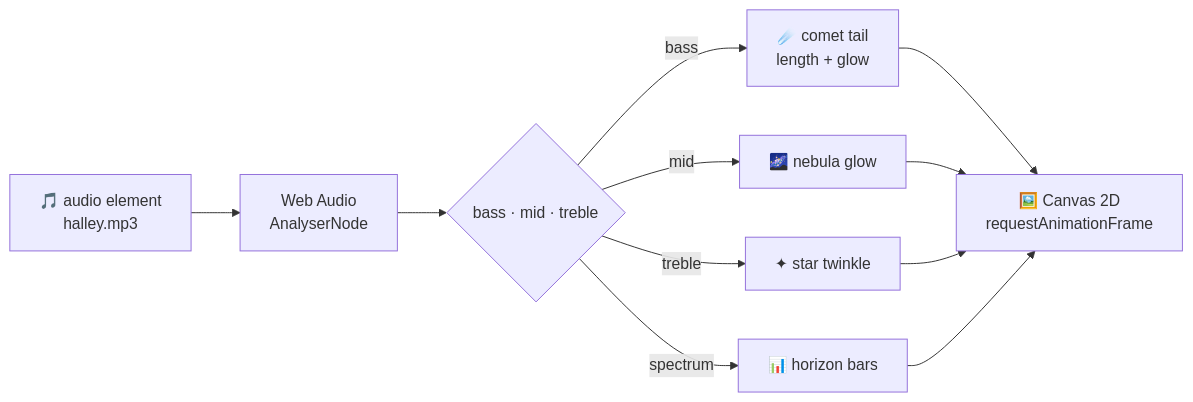
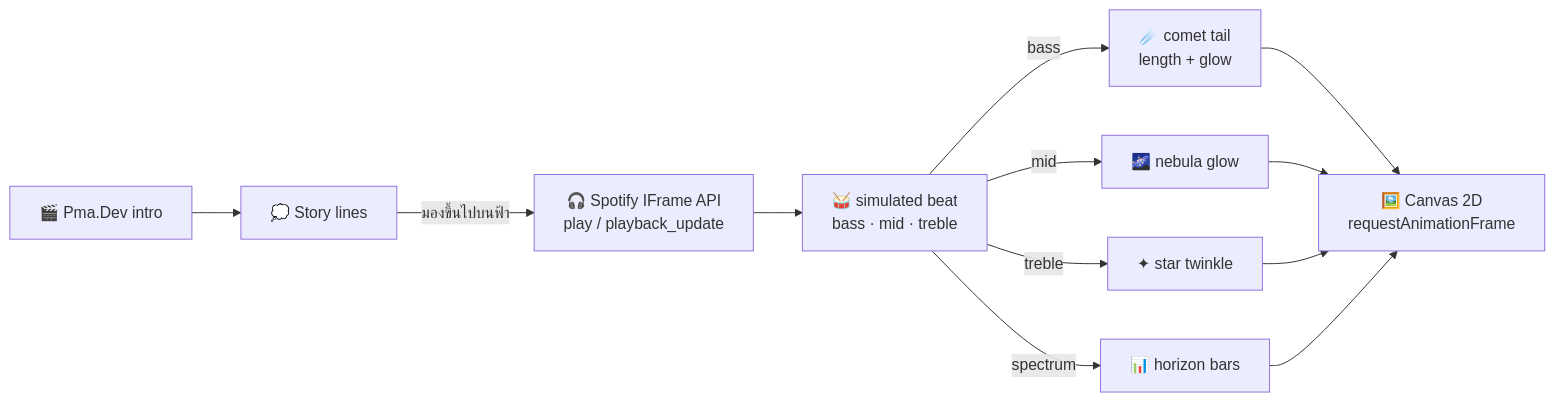
The diagram in README.md (MrPusitCH/StarHalley), drawn with Mermaid before and after one commit. The commit also changed other lines of this file and 5 other files, not shown here.

First line of the commit message:
Play the song via Spotify Embed and add a story before it starts

````diff
--- a/README.md
+++ b/README.md
@@ -78,10 +80,11 @@
 ```mermaid
 flowchart LR
-    A["🎵 audio element<br/>halley.mp3"] --> B["Web Audio<br/>AnalyserNode"]
-    B --> C{"bass · mid · treble"}
-    C -->|bass| D["☄️ comet tail<br/>length + glow"]
-    C -->|mid| E["🌌 nebula glow"]
-    C -->|treble| F["✦ star twinkle"]
-    C -->|spectrum| G["📊 horizon bars"]
-    D & E & F & G --> H["🖼️ Canvas 2D<br/>requestAnimationFrame"]
+    A["🎬 Pma.Dev intro"] --> B["💭 Story lines"]
+    B -->|มองขึ้นไปบนฟ้า| C["🎧 Spotify IFrame API<br/>play / playback_update"]
+    C --> D["🥁 simulated beat<br/>bass · mid · treble"]
+    D -->|bass| E["☄️ comet tail<br/>length + glow"]
+    D -->|mid| F["🌌 nebula glow"]
+    D -->|treble| G["✦ star twinkle"]
+    D -->|spectrum| H["📊 horizon bars"]
+    E & F & G & H --> I["🖼️ Canvas 2D<br/>requestAnimationFrame"]
 ```
````
